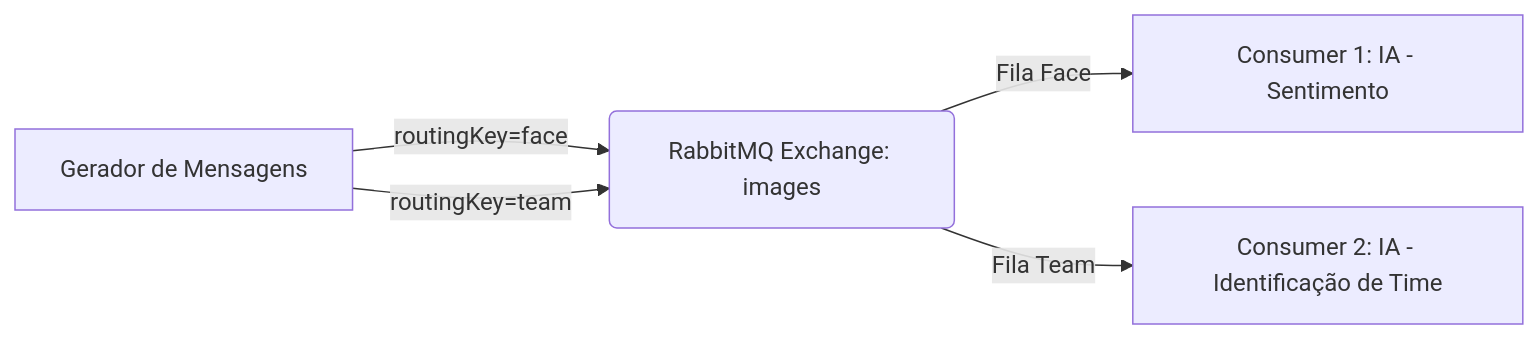
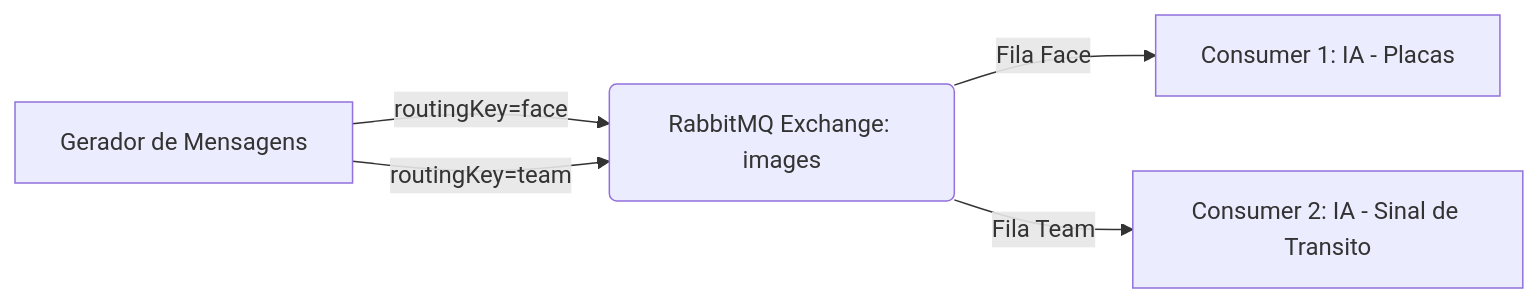
One commit to Raildom/Trabalho-06---Sistema-de-Carga-com-IA-embutida-nos-Consumidores-Containers-e-RabbitMQ changed the diagram in README.md. Above: the diagram before and after it, drawn with Mermaid.

Commit message:
docs: update documentation to reflect domain shift from facial/team recognition to vehicle plate and traffic sign classification

````diff
--- a/README.md
+++ b/README.md
@@ -91,7 +91,7 @@
 ```mermaid
 flowchart LR
     A[Gerador de Mensagens] -->|routingKey=face| B(RabbitMQ Exchange: images)
     A -->|routingKey=team| B
-    B -->|Fila Face| C[Consumer 1: IA - Sentimento]
-    B -->|Fila Team| D[Consumer 2: IA - Identificação de Time]
+    B -->|Fila Face| C[Consumer 1: IA - Placas]
+    B -->|Fila Team| D[Consumer 2: IA - Sinal de Transito]
 ```
````
